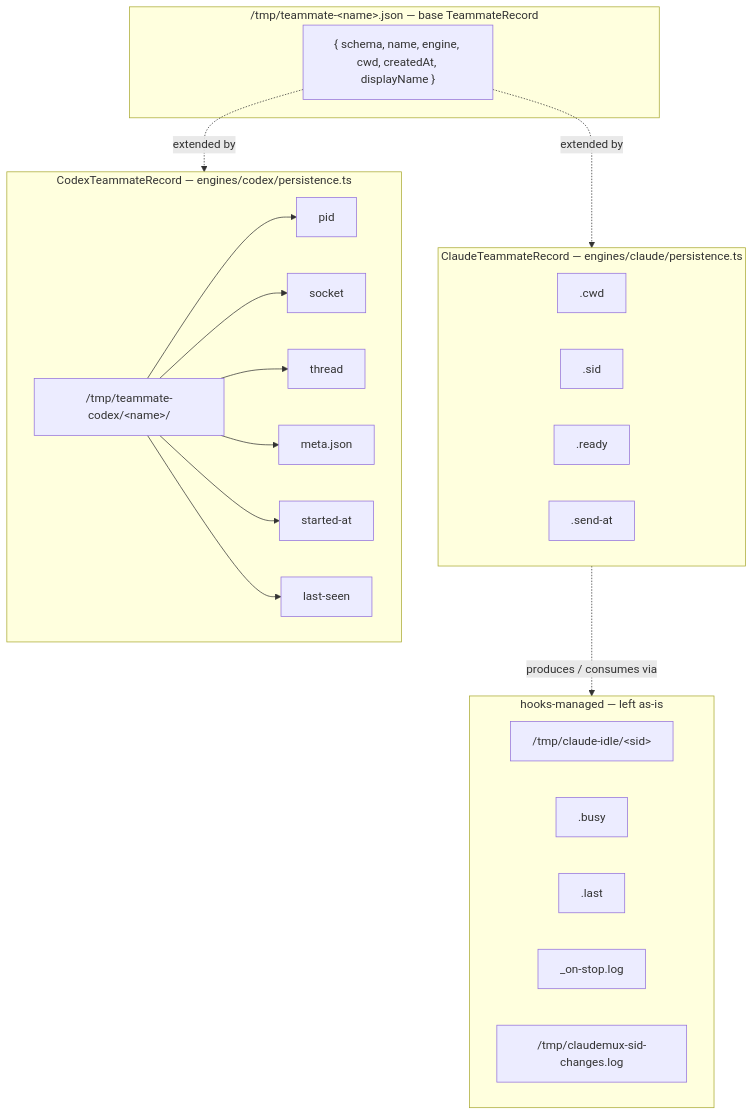
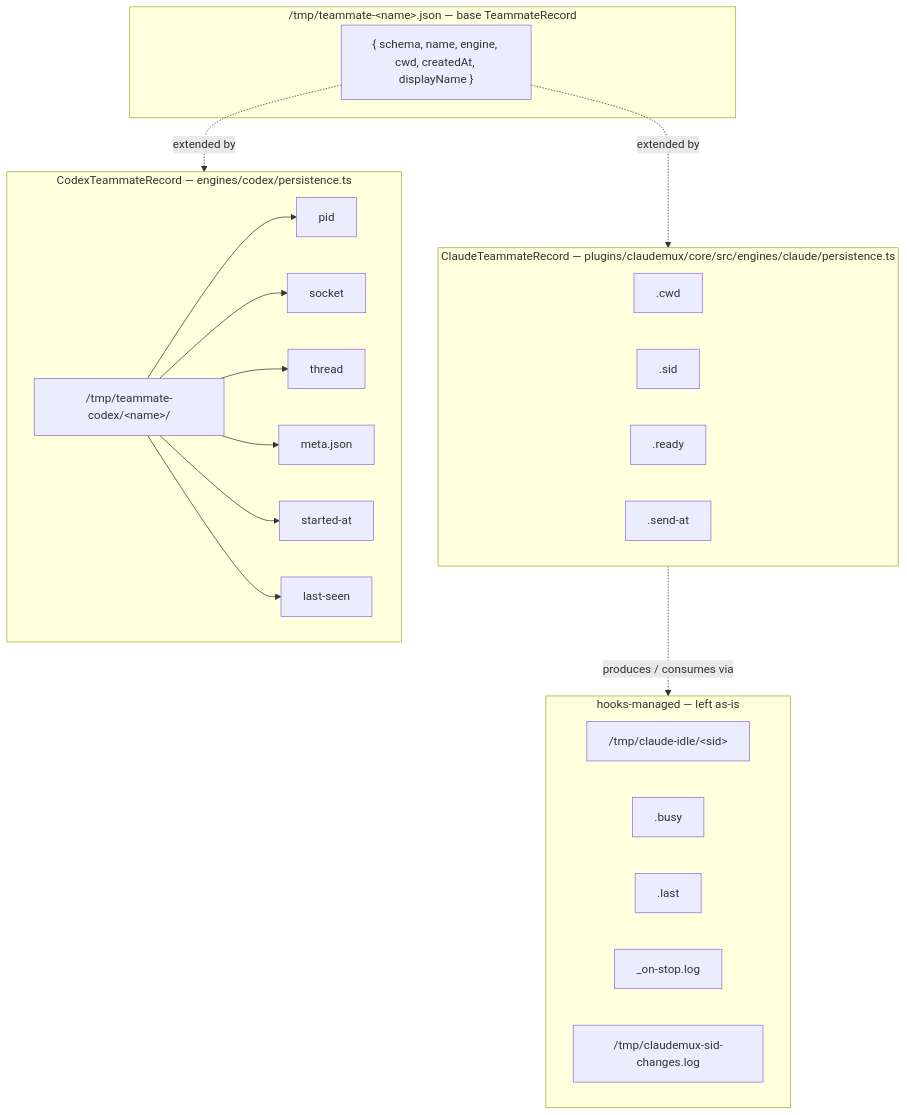
The third of 3 diagrams in .agents/decisions/0024-multi-engine-tui-architecture.md (leo2128/claudemux), drawn with Mermaid before and after one commit. The commit also changed other lines of this file and 1 other file, not shown here.

````diff
--- a/.agents/decisions/0024-multi-engine-tui-architecture.md
+++ b/.agents/decisions/0024-multi-engine-tui-architecture.md
@@ -259,41 +328,41 @@
 ```mermaid
 flowchart TB
   subgraph BASE["/tmp/teammate-&lt;name&gt;.json  —  base TeammateRecord"]
     base["{ schema, name, engine, cwd, createdAt, displayName }"]
   end
 
-  subgraph CE_EXT["ClaudeTeammateRecord — engines/claude/persistence.ts"]
+  subgraph CE_EXT["ClaudeTeammateRecord — plugins/claudemux/core/src/engines/claude/persistence.ts"]
     ccwd[".cwd"]
     csid[".sid"]
     cready[".ready"]
     csend[".send-at"]
   end
 
   subgraph CX_EXT["CodexTeammateRecord — engines/codex/persistence.ts"]
     xroot["/tmp/teammate-codex/&lt;name&gt;/"]
     xpid["pid"]
     xsock["socket"]
     xthr["thread"]
     xmeta["meta.json"]
     xstart["started-at"]
     xseen["last-seen"]
     xroot --> xpid
     xroot --> xsock
     xroot --> xthr
     xroot --> xmeta
     xroot --> xstart
     xroot --> xseen
   end
 
   subgraph HOOKS["hooks-managed — left as-is"]
     hidle["/tmp/claude-idle/&lt;sid&gt;"]
     hbusy[".busy"]
     hlast[".last"]
     hlog["_on-stop.log"]
     hslog["/tmp/claudemux-sid-changes.log"]
   end
 
   base -. "extended by" .-> CE_EXT
   base -. "extended by" .-> CX_EXT
   CE_EXT -. "produces / consumes via" .-> HOOKS
 ```
````
